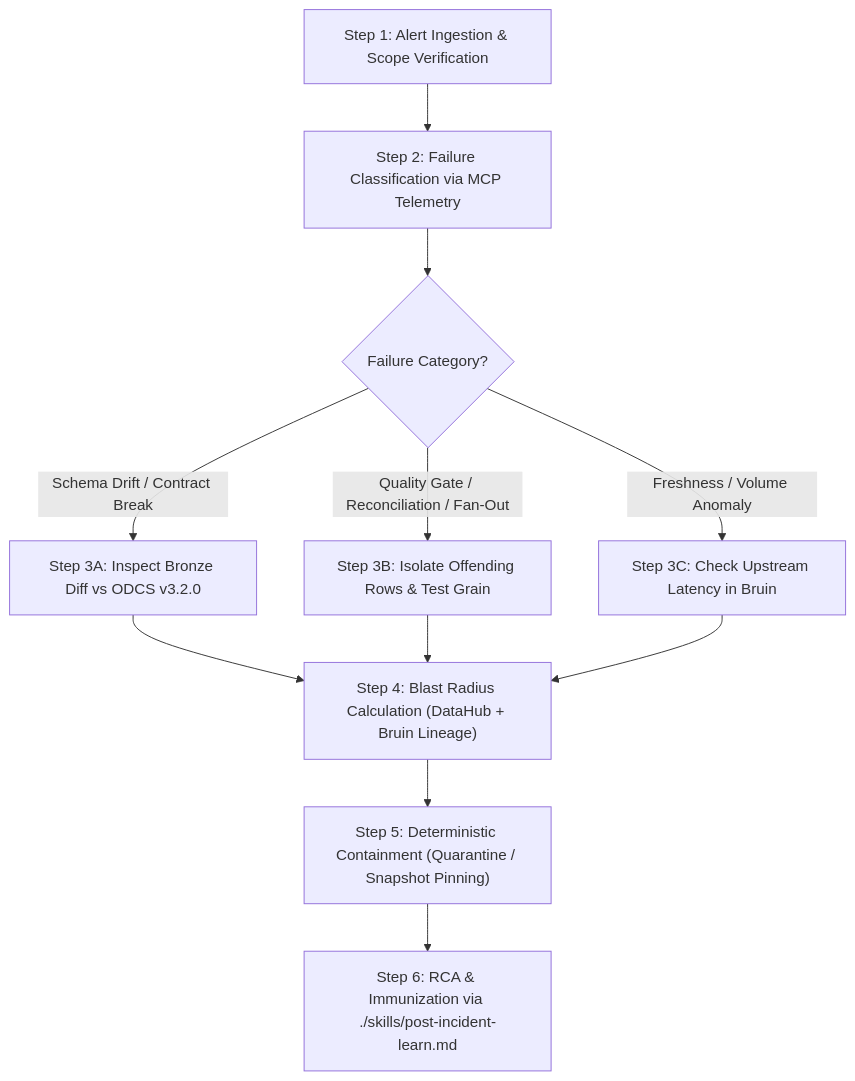
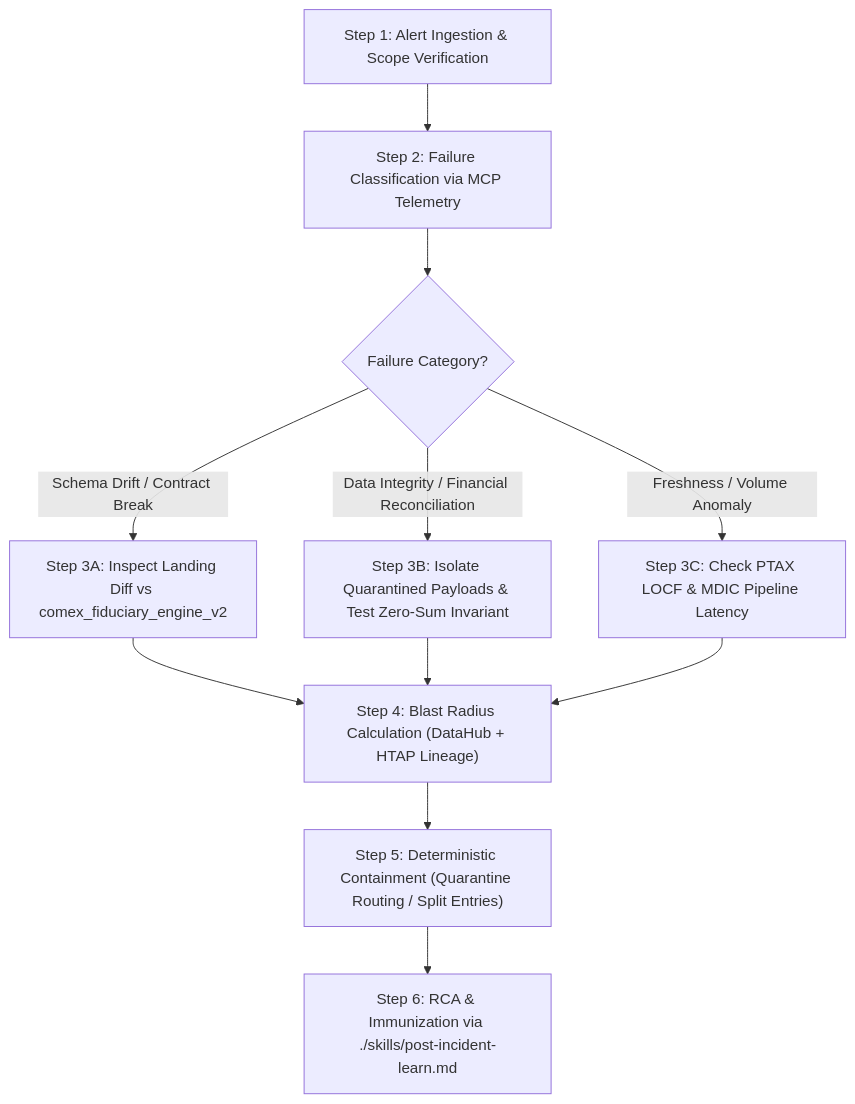
Before and after one commit to hugoargerio-glitch/Comex-Data-Engine-V2: the diagram in knowledge/runbooks/INCIDENT_TEMPLATE.md, drawn with Mermaid. The commit also changed other lines of this file and 7 other files, not shown here.

First line of the commit message:
feat(hitl): implement closed-loop HITL quarantine workflow, FastAPI v2 routes, and DataOps RCA

````diff
--- a/knowledge/runbooks/INCIDENT_TEMPLATE.md
+++ b/knowledge/runbooks/INCIDENT_TEMPLATE.md
@@ -33,13 +35,13 @@
 ```mermaid
 flowchart TD
     S1["Step 1: Alert Ingestion & Scope Verification"] --> S2["Step 2: Failure Classification via MCP Telemetry"]
     S2 --> C1{"Failure Category?"}
-    C1 -->|Schema Drift / Contract Break| S3A["Step 3A: Inspect Bronze Diff vs ODCS v3.2.0"]
-    C1 -->|Quality Gate / Reconciliation / Fan-Out| S3B["Step 3B: Isolate Offending Rows & Test Grain"]
-    C1 -->|Freshness / Volume Anomaly| S3C["Step 3C: Check Upstream Latency in Bruin"]
-    S3A --> S4["Step 4: Blast Radius Calculation (DataHub + Bruin Lineage)"]
+    C1 -->|Schema Drift / Contract Break| S3A["Step 3A: Inspect Landing Diff vs comex_fiduciary_engine_v2"]
+    C1 -->|Data Integrity / Financial Reconciliation| S3B["Step 3B: Isolate Quarantined Payloads & Test Zero-Sum Invariant"]
+    C1 -->|Freshness / Volume Anomaly| S3C["Step 3C: Check PTAX LOCF & MDIC Pipeline Latency"]
+    S3A --> S4["Step 4: Blast Radius Calculation (DataHub + HTAP Lineage)"]
     S3B --> S4
     S3C --> S4
-    S4 --> S5["Step 5: Deterministic Containment (Quarantine / Snapshot Pinning)"]
+    S4 --> S5["Step 5: Deterministic Containment (Quarantine Routing / Split Entries)"]
     S5 --> S6["Step 6: RCA & Immunization via ./skills/post-incident-learn.md"]
 ```
````
